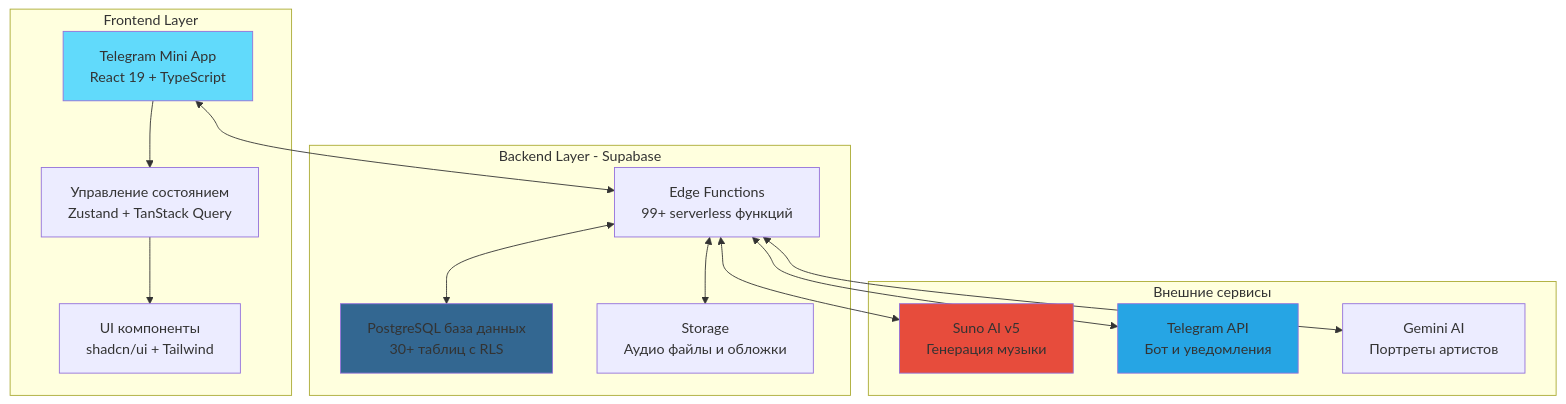
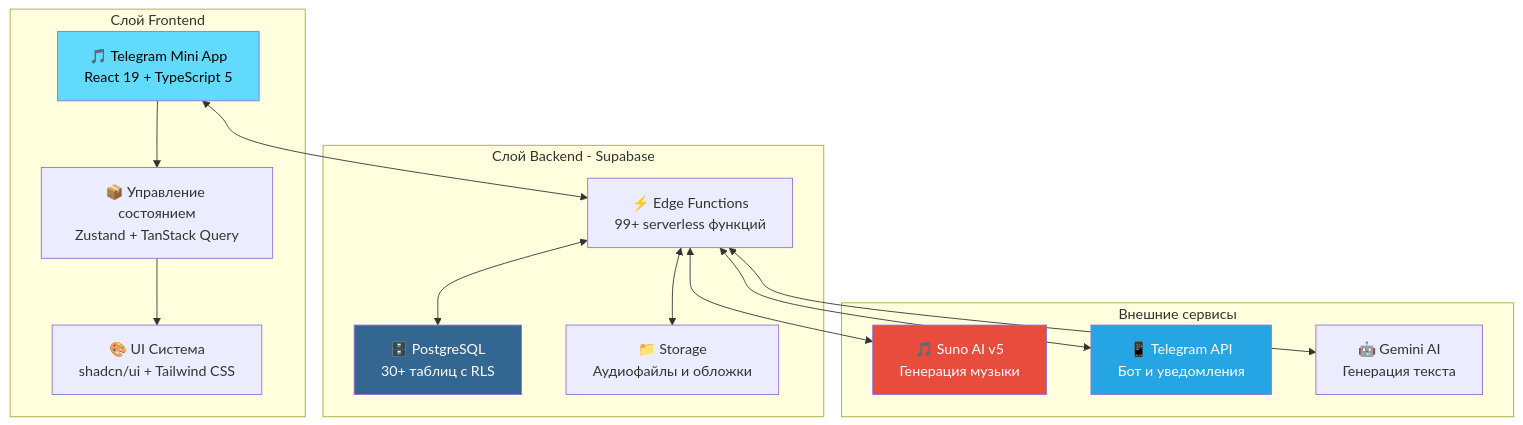
Before and after one commit to HOW2AI-AGENCY/aimusicverse: the diagram in README.md, drawn with Mermaid. The commit also changed other lines of this file, not shown here.

````diff
--- a/README.md
+++ b/README.md
@@ -321,34 +307,34 @@
 ```mermaid
 graph TB
-    subgraph "Frontend Layer"
-        A[Telegram Mini App<br/>React 19 + TypeScript]
-        B[Управление состоянием<br/>Zustand + TanStack Query]
-        C[UI компоненты<br/>shadcn/ui + Tailwind]
+    subgraph "Слой Frontend"
+        A["🎵 Telegram Mini App<br/>React 19 + TypeScript 5"]
+        B["📦 Управление состоянием<br/>Zustand + TanStack Query"]
+        C["🎨 UI Система<br/>shadcn/ui + Tailwind CSS"]
     end
 
-    subgraph "Backend Layer - Supabase"
-        D[PostgreSQL база данных<br/>30+ таблиц с RLS]
-        E[Edge Functions<br/>99+ serverless функций]
-        F[Storage<br/>Аудио файлы и обложки]
+    subgraph "Слой Backend - Supabase"
+        D["🗄️ PostgreSQL<br/>30+ таблиц с RLS"]
+        E["⚡ Edge Functions<br/>99+ serverless функций"]
+        F["📁 Storage<br/>Аудиофайлы и обложки"]
     end
 
     subgraph "Внешние сервисы"
-        G[Suno AI v5<br/>Генерация музыки]
-        H[Telegram API<br/>Бот и уведомления]
-        I[Gemini AI<br/>Портреты артистов]
+        G["🎵 Suno AI v5<br/>Генерация музыки"]
+        H["📱 Telegram API<br/>Бот и уведомления"]
+        I["🤖 Gemini AI<br/>Генерация текста"]
     end
 
     A --> B
     B --> C
     A <--> E
     E <--> D
     E <--> F
     E <--> G
     E <--> H
     E <--> I
 
-    style A fill:#61DAFB
-    style D fill:#336791
-    style G fill:#e74c3c
-    style H fill:#26A5E4
+    style A fill:#61DAFB,color:#000
+    style D fill:#336791,color:#fff
+    style G fill:#e74c3c,color:#fff
+    style H fill:#26A5E4,color:#fff
 ```
````
